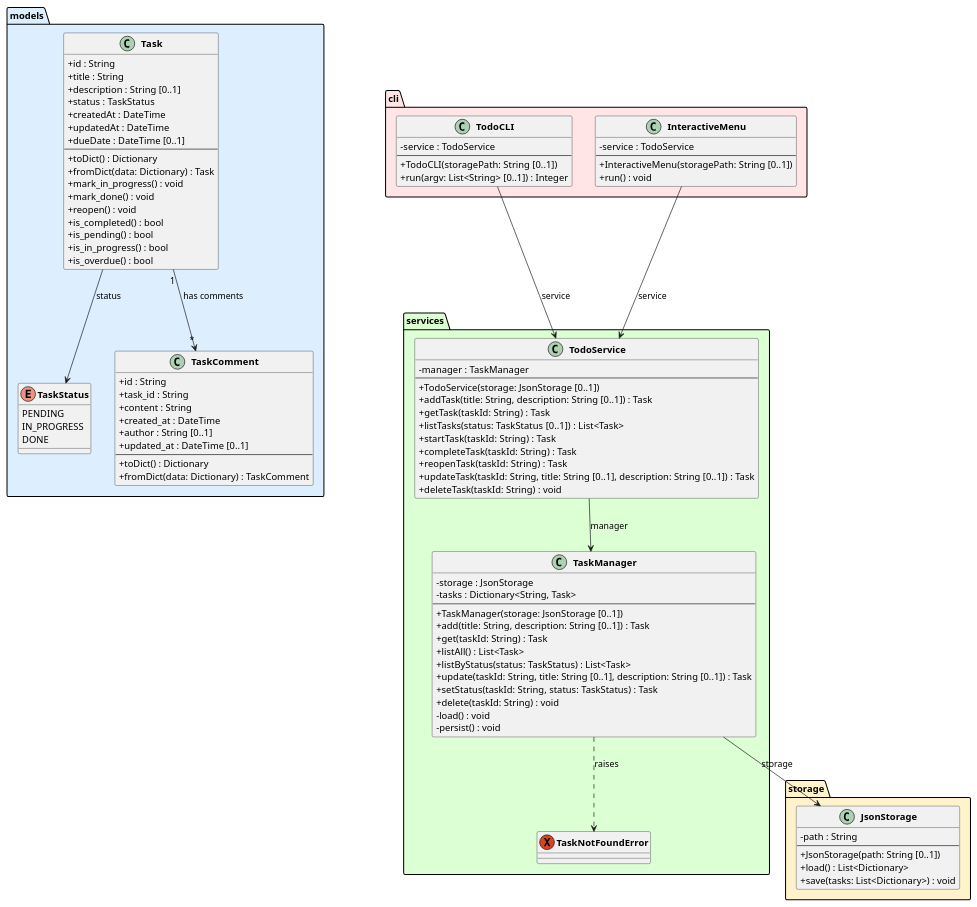
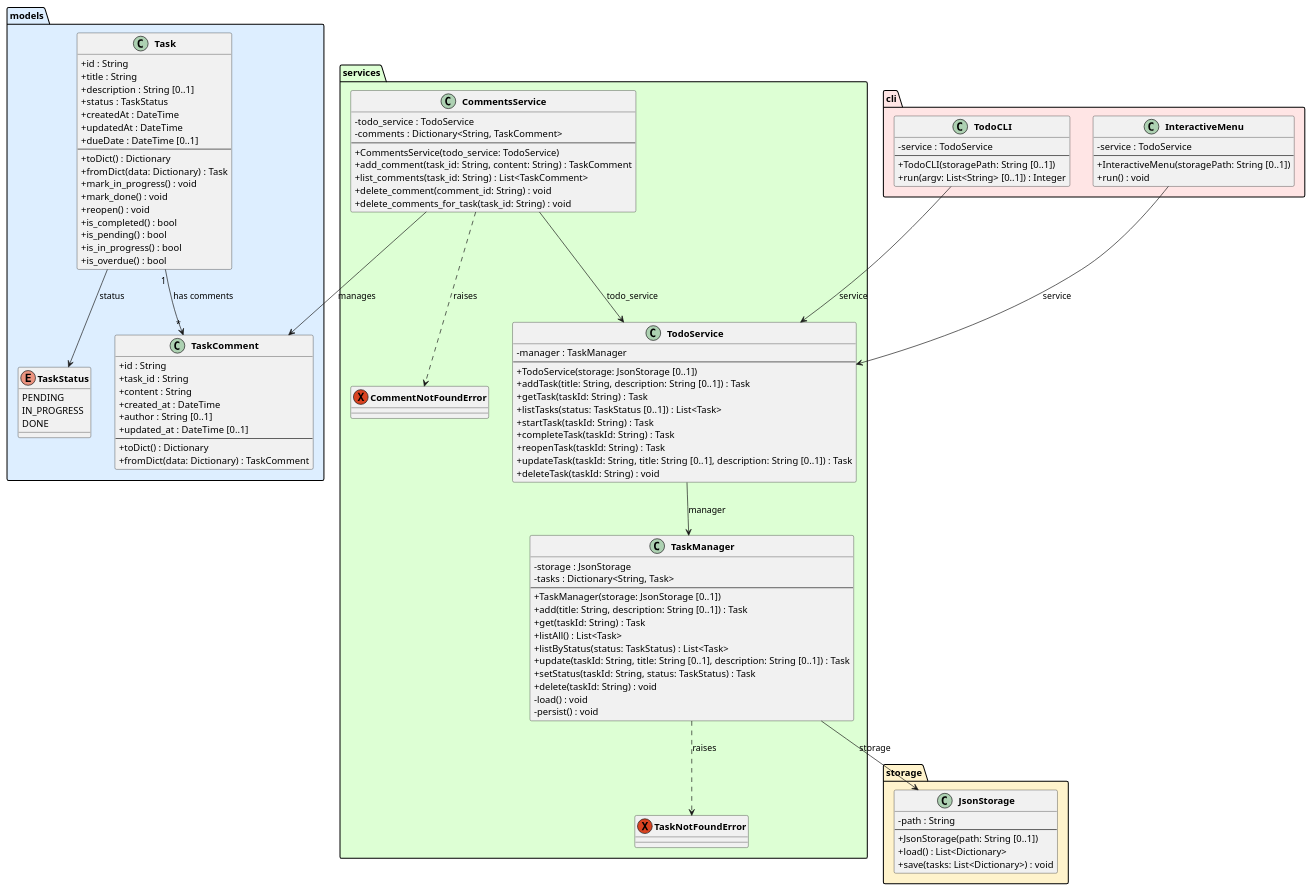
One commit to DanielRiha8906/Software_autoevolution_using_agents changed the diagram in experiments/pipeline/test_driven/TODO/artifacts/class_diagram.puml. Above: the diagram before and after it, drawn with PlantUML. The commit also changed 6 other files, not shown here.

First line of the commit message:
task 04 | pipeline / test_driven / TODO - Implement CommentsService

```diff
--- a/experiments/pipeline/test_driven/TODO/artifacts/class_diagram.puml
+++ b/experiments/pipeline/test_driven/TODO/artifacts/class_diagram.puml
@@ -1,115 +1,130 @@
 @startuml class_diagram
 
 skinparam classAttributeIconSize 0
 skinparam classFontStyle bold
 
 package "models" #DDEEFF {
     enum TaskStatus {
         PENDING
         IN_PROGRESS
         DONE
     }
 
     class Task {
         +id : String
         +title : String
         +description : String [0..1]
         +status : TaskStatus
         +createdAt : DateTime
         +updatedAt : DateTime
         +dueDate : DateTime [0..1]
         --
         +toDict() : Dictionary
         +fromDict(data: Dictionary) : Task
         +mark_in_progress() : void
         +mark_done() : void
         +reopen() : void
         +is_completed() : bool
         +is_pending() : bool
         +is_in_progress() : bool
         +is_overdue() : bool
     }
 
     class TaskComment {
         +id : String
         +task_id : String
         +content : String
         +created_at : DateTime
         +author : String [0..1]
         +updated_at : DateTime [0..1]
         --
         +toDict() : Dictionary
         +fromDict(data: Dictionary) : TaskComment
     }
 
     Task "1" --> "*" TaskComment : has comments
 }
 
 package "storage" #FFF3CC {
     class JsonStorage {
         -path : String
         --
         +JsonStorage(path: String [0..1])
         +load() : List<Dictionary>
         +save(tasks: List<Dictionary>) : void
     }
 }
 
 package "services" #DDFFD4 {
     exception TaskNotFoundError
+    exception CommentNotFoundError
 
     class TaskManager {
         -storage : JsonStorage
         -tasks : Dictionary<String, Task>
         --
         +TaskManager(storage: JsonStorage [0..1])
         +add(title: String, description: String [0..1]) : Task
         +get(taskId: String) : Task
         +listAll() : List<Task>
         +listByStatus(status: TaskStatus) : List<Task>
         +update(taskId: String, title: String [0..1], description: String [0..1]) : Task
         +setStatus(taskId: String, status: TaskStatus) : Task
         +delete(taskId: String) : void
         -load() : void
         -persist() : void
     }
 
     class TodoService {
         -manager : TaskManager
         --
         +TodoService(storage: JsonStorage [0..1])
         +addTask(title: String, description: String [0..1]) : Task
         +getTask(taskId: String) : Task
         +listTasks(status: TaskStatus [0..1]) : List<Task>
         +startTask(taskId: String) : Task
         +completeTask(taskId: String) : Task
         +reopenTask(taskId: String) : Task
         +updateTask(taskId: String, title: String [0..1], description: String [0..1]) : Task
         +deleteTask(taskId: String) : void
     }
+
+    class CommentsService {
+        -todo_service : TodoService
+        -comments : Dictionary<String, TaskComment>
+        --
+        +CommentsService(todo_service: TodoService)
+        +add_comment(task_id: String, content: String) : TaskComment
+        +list_comments(task_id: String) : List<TaskComment>
+        +delete_comment(comment_id: String) : void
+        +delete_comments_for_task(task_id: String) : void
+    }
 }
 
 package "cli" #FFE5E5 {
     class TodoCLI {
         -service : TodoService
         --
         +TodoCLI(storagePath: String [0..1])
         +run(argv: List<String> [0..1]) : Integer
     }
 
     class InteractiveMenu {
         -service : TodoService
         --
         +InteractiveMenu(storagePath: String [0..1])
         +run() : void
     }
 }
 
 Task --> TaskStatus : status
 TaskManager --> JsonStorage : storage
 TaskManager ..> TaskNotFoundError : raises
 TodoService --> TaskManager : manager
+CommentsService --> TodoService : todo_service
+CommentsService --> TaskComment : manages
+CommentsService ..> CommentNotFoundError : raises
 TodoCLI --> TodoService : service
 InteractiveMenu --> TodoService : service
 
 @enduml
```
